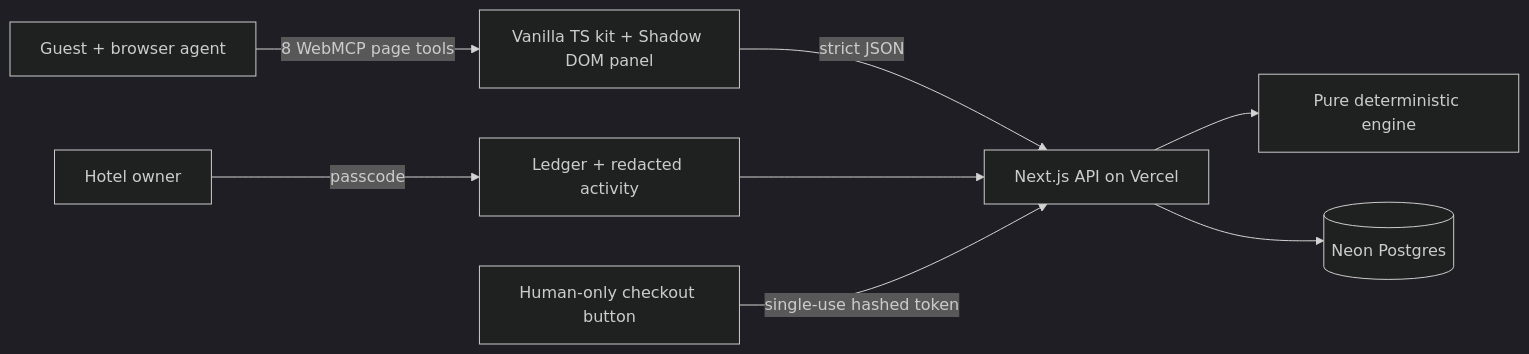
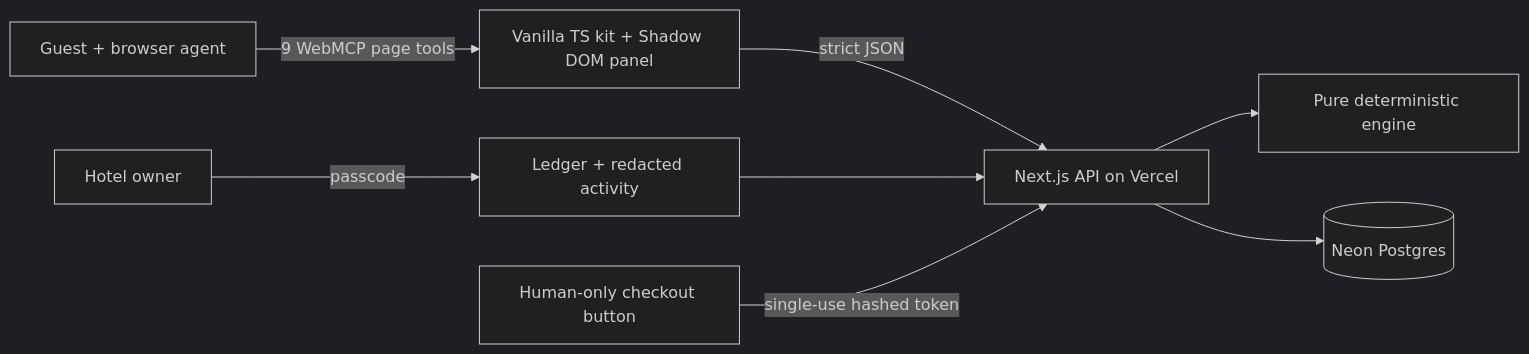
One commit to bpais88/Parley changed the diagram in README.md. Above: the diagram before and after it, drawn with Mermaid (dark theme). The commit also changed other lines of this file and 11 other files, not shown here.

Commit message:
fix: synchronize guest WebMCP context

````diff
--- a/README.md
+++ b/README.md
@@ -73,10 +74,10 @@
 ```mermaid
 flowchart LR
-  G[Guest + browser agent] -->|8 WebMCP page tools| K[Vanilla TS kit + Shadow DOM panel]
+  G[Guest + browser agent] -->|9 WebMCP page tools| K[Vanilla TS kit + Shadow DOM panel]
   K -->|strict JSON| A[Next.js API on Vercel]
   A --> E[Pure deterministic engine]
   A --> N[(Neon Postgres)]
   O[Hotel owner] -->|passcode| L[Ledger + redacted activity]
   L --> A
   H[Human-only checkout button] -->|single-use hashed token| A
 ```
````
